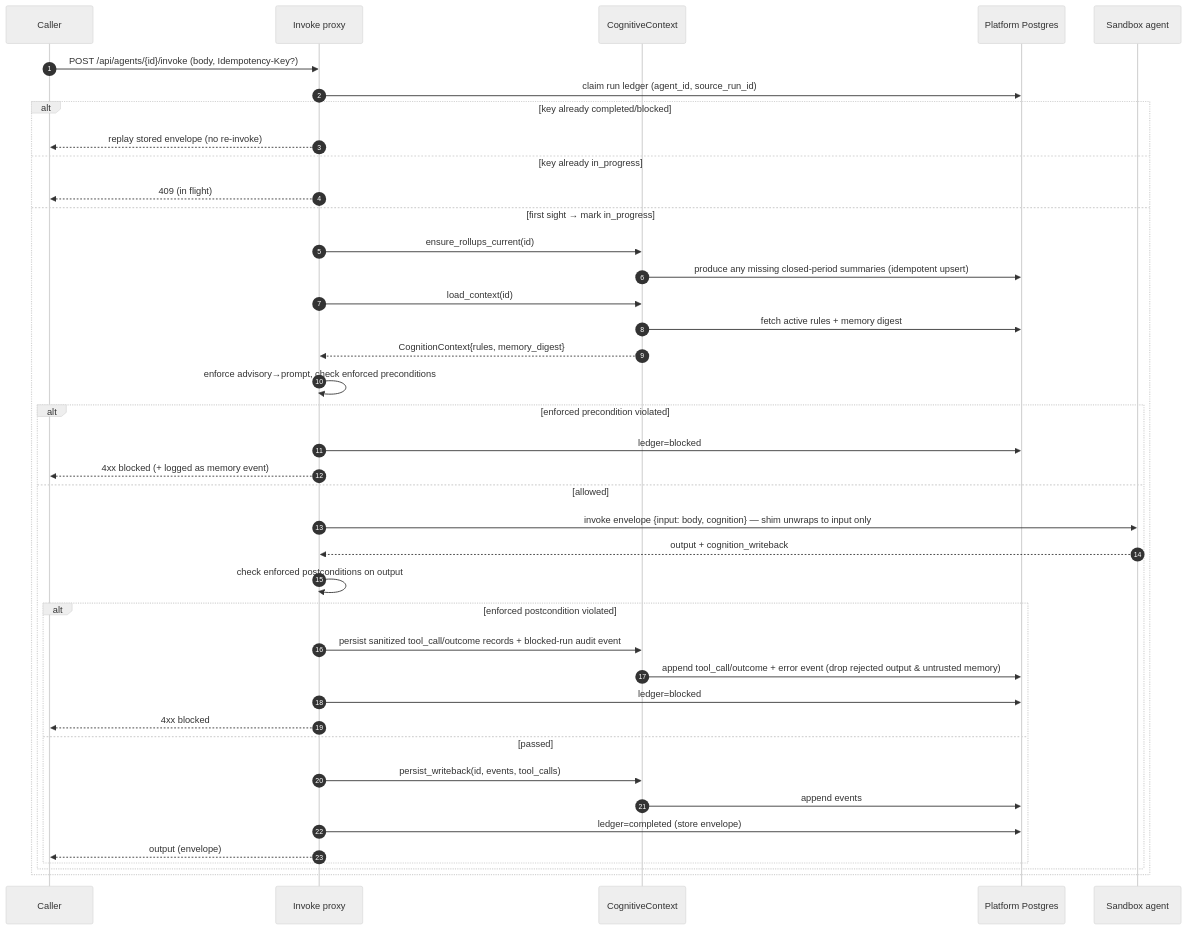
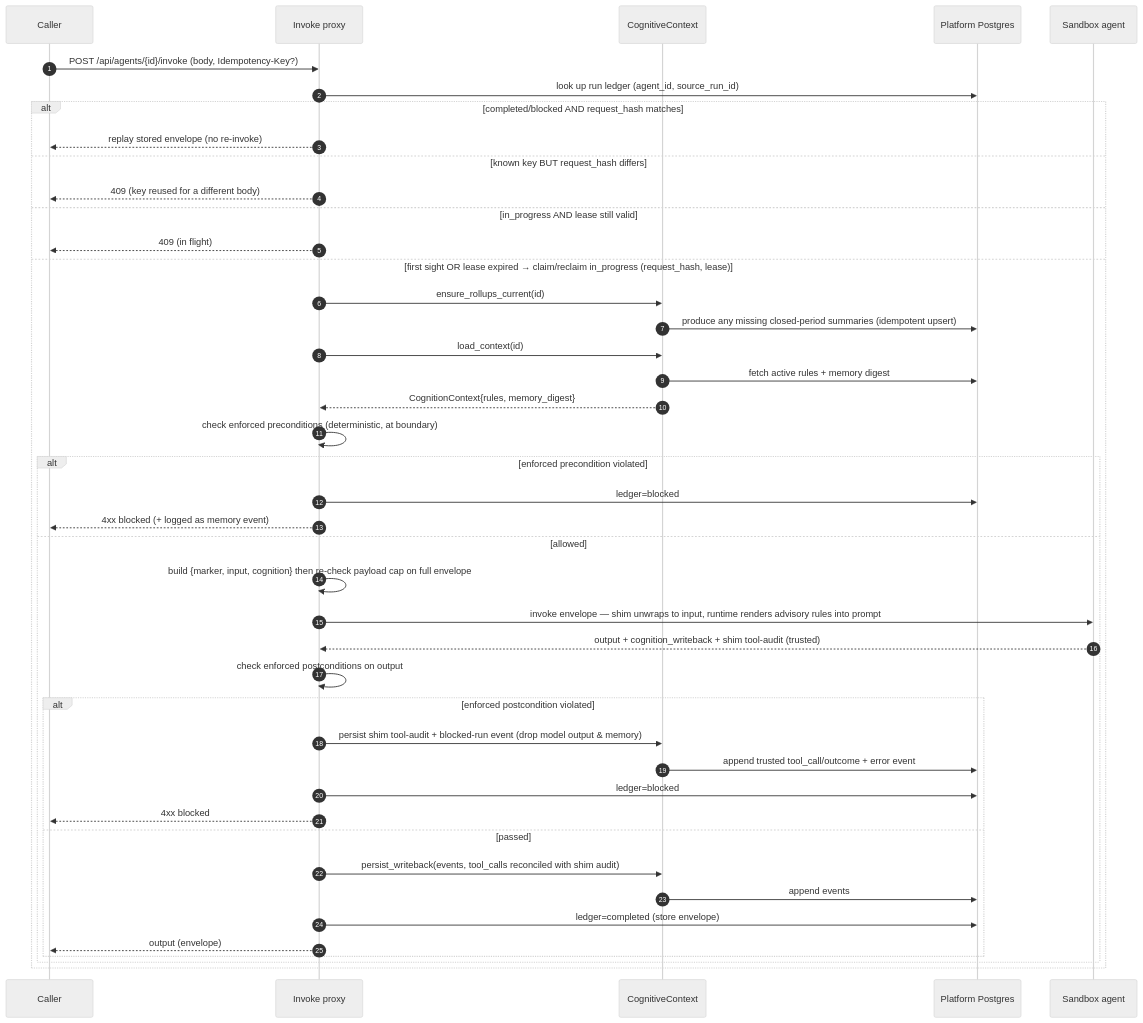
Before and after one commit to brandonkindred/Khala-Agentic-AI-Teams: the third of 6 diagrams in backend/agents/agent_cognition/DESIGN.md, drawn with Mermaid (neutral theme). The commit also changed other lines of this file and 1 other file, not shown here.

First line of the commit message:
Address review round 6: ledger lease, request-hash, envelope marker, trusted tool audit, advisory rendering, retention; fix diagram syntax

````diff
--- a/backend/agents/agent_cognition/DESIGN.md
+++ b/backend/agents/agent_cognition/DESIGN.md
@@ -191,43 +196,46 @@
 ```mermaid
 sequenceDiagram
   autonumber
   participant C as Caller
   participant PX as Invoke proxy
   participant CTX as CognitiveContext
   participant PG as Platform Postgres
   participant SB as Sandbox agent
 
   C->>PX: POST /api/agents/{id}/invoke (body, Idempotency-Key?)
-  PX->>PG: claim run ledger (agent_id, source_run_id)
-  alt key already completed/blocked
+  PX->>PG: look up run ledger (agent_id, source_run_id)
+  alt completed/blocked AND request_hash matches
     PX-->>C: replay stored envelope (no re-invoke)
-  else key already in_progress
+  else known key BUT request_hash differs
+    PX-->>C: 409 (key reused for a different body)
+  else in_progress AND lease still valid
     PX-->>C: 409 (in flight)
-  else first sight → mark in_progress
+  else first sight OR lease expired → claim/reclaim in_progress (request_hash, lease)
     PX->>CTX: ensure_rollups_current(id)
     CTX->>PG: produce any missing closed-period summaries (idempotent upsert)
     PX->>CTX: load_context(id)
     CTX->>PG: fetch active rules + memory digest
     CTX-->>PX: CognitionContext{rules, memory_digest}
-    PX->>PX: enforce advisory→prompt, check enforced preconditions
+    PX->>PX: check enforced preconditions (deterministic, at boundary)
     alt enforced precondition violated
       PX->>PG: ledger=blocked
       PX-->>C: 4xx blocked (+ logged as memory event)
     else allowed
-      PX->>SB: invoke envelope {input: body, cognition} — shim unwraps to input only
-      SB-->>PX: output + cognition_writeback
+      PX->>PX: build {marker, input, cognition} then re-check payload cap on full envelope
+      PX->>SB: invoke envelope — shim unwraps to input, runtime renders advisory rules into prompt
+      SB-->>PX: output + cognition_writeback + shim tool-audit (trusted)
       PX->>PX: check enforced postconditions on output
       alt enforced postcondition violated
-        PX->>CTX: persist sanitized tool_call/outcome records + blocked-run audit event
-        CTX->>PG: append tool_call/outcome + error event (drop rejected output & untrusted memory)
+        PX->>CTX: persist shim tool-audit + blocked-run event (drop model output & memory)
+        CTX->>PG: append trusted tool_call/outcome + error event
         PX->>PG: ledger=blocked
         PX-->>C: 4xx blocked
       else passed
-        PX->>CTX: persist_writeback(id, events, tool_calls)
+        PX->>CTX: persist_writeback(events, tool_calls reconciled with shim audit)
         CTX->>PG: append events
         PX->>PG: ledger=completed (store envelope)
         PX-->>C: output (envelope)
       end
     end
   end
 ```
````
